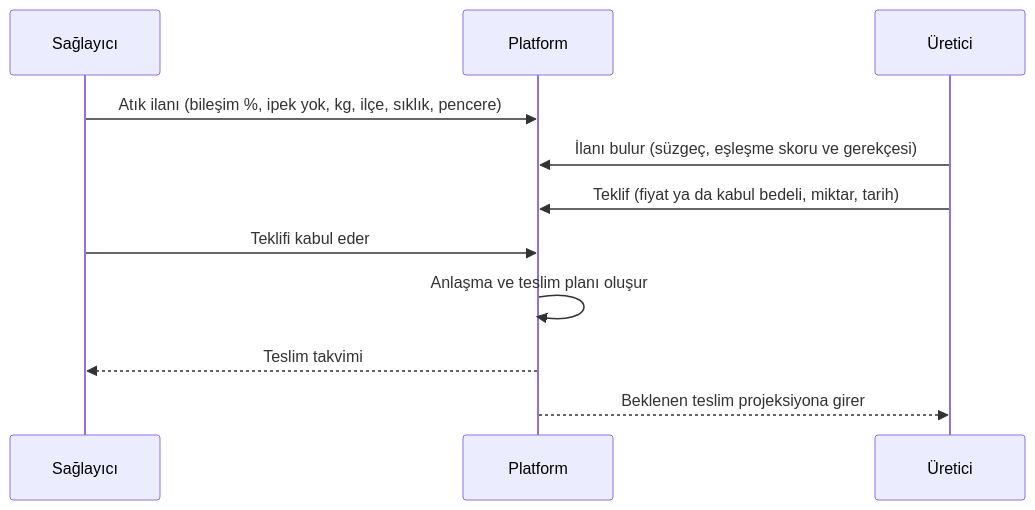
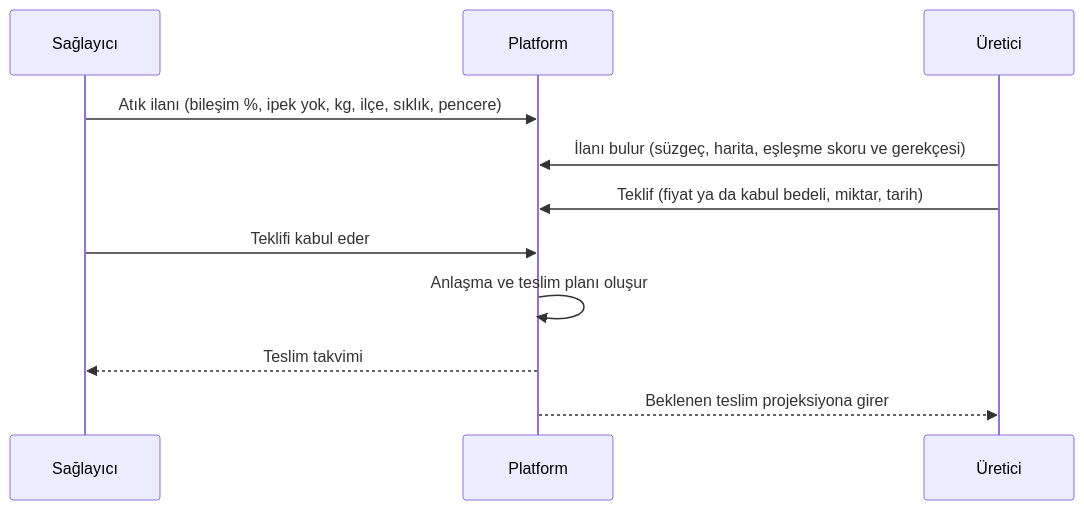
One commit to MaNga-003/reboard changed the diagram in docs/PRODUCT.md. Above: the diagram before and after it, drawn with Mermaid. The commit also changed other lines of this file and 14 other files, not shown here.

````diff
--- a/docs/PRODUCT.md
+++ b/docs/PRODUCT.md
@@ -29,13 +29,13 @@
 ```mermaid
 sequenceDiagram
   participant S as Sağlayıcı
   participant P as Platform
   participant U as Üretici
   S->>P: Atık ilanı (bileşim %, ipek yok, kg, ilçe, sıklık, pencere)
-  U->>P: İlanı bulur (süzgeç, eşleşme skoru ve gerekçesi)
+  U->>P: İlanı bulur (süzgeç, harita, eşleşme skoru ve gerekçesi)
   U->>P: Teklif (fiyat ya da kabul bedeli, miktar, tarih)
   S->>P: Teklifi kabul eder
   P->>P: Anlaşma ve teslim planı oluşur
   P-->>S: Teslim takvimi
   P-->>U: Beklenen teslim projeksiyona girer
 ```
````
